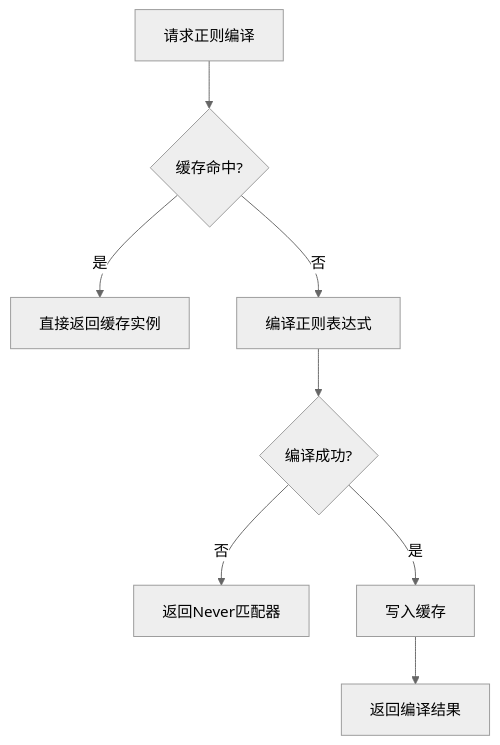
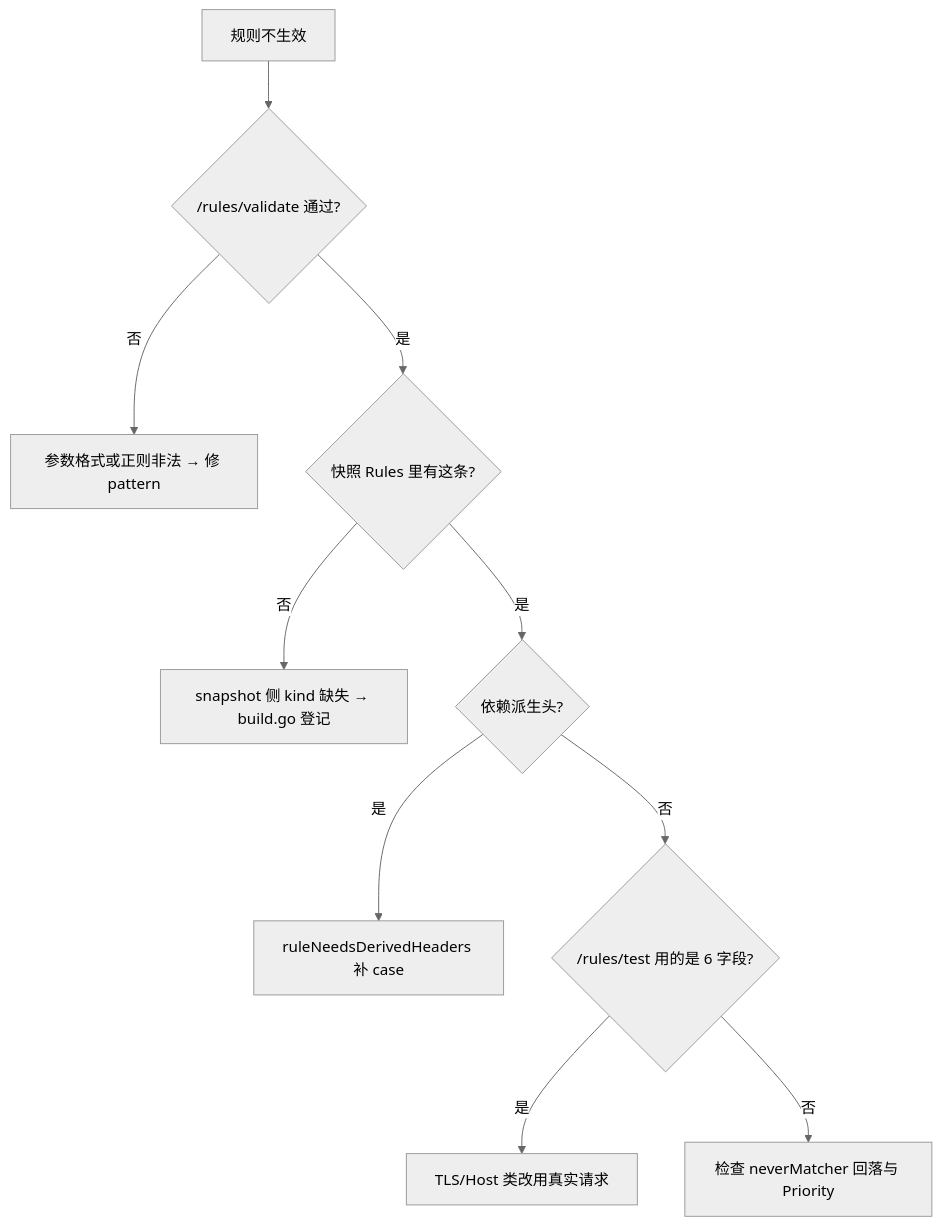
Before and after one commit to x01n/My-OpenWaf: the sixth of 6 diagrams in docs/扩展与插件系统/规则引擎扩展/匹配器开发.md, drawn with Mermaid (neutral theme). The commit also changed other lines of this file and 622 other files, not shown here.

````diff
--- a/docs/扩展与插件系统/规则引擎扩展/匹配器开发.md
+++ b/docs/扩展与插件系统/规则引擎扩展/匹配器开发.md
@@ -353,10 +647,12 @@
 ```mermaid
 flowchart TD
-A["请求正则编译"] --> B{"缓存命中?"}
-B --> |是| C["直接返回缓存实例"]
-B --> |否| D["编译正则表达式"]
-D --> E{"编译成功?"}
-E --> |否| F["返回Never匹配器"]
-E --> |是| G["写入缓存"]
-G --> H["返回编译结果"]
+A["规则不生效"] --> B{"/rules/validate 通过?"}
+B --> |否| B1["参数格式或正则非法 → 修 pattern"]
+B --> |是| C{"快照 Rules 里有这条?"}
+C --> |否| C1["snapshot 侧 kind 缺失 → build.go 登记"]
+C --> |是| D{"依赖派生头?"}
+D --> |是| D1["ruleNeedsDerivedHeaders 补 case"]
+D --> |否| E{"/rules/test 用的是 6 字段?"}
+E --> |是| E1["TLS/Host 类改用真实请求"]
+E --> |否| F["检查 neverMatcher 回落与 Priority"]
 ```
````
